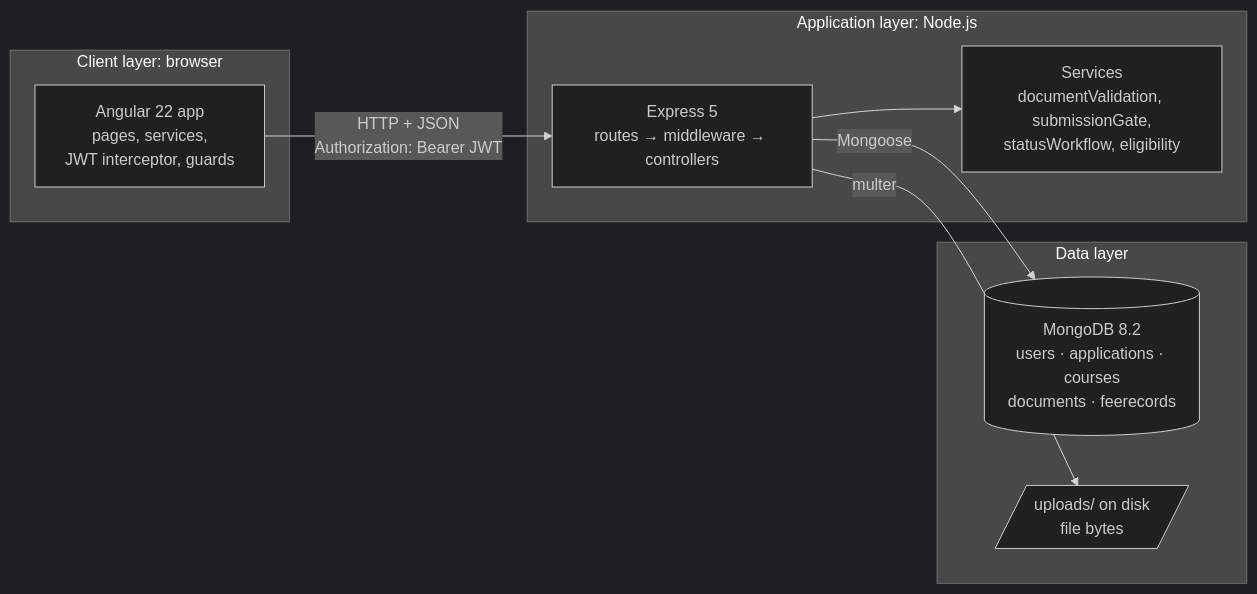
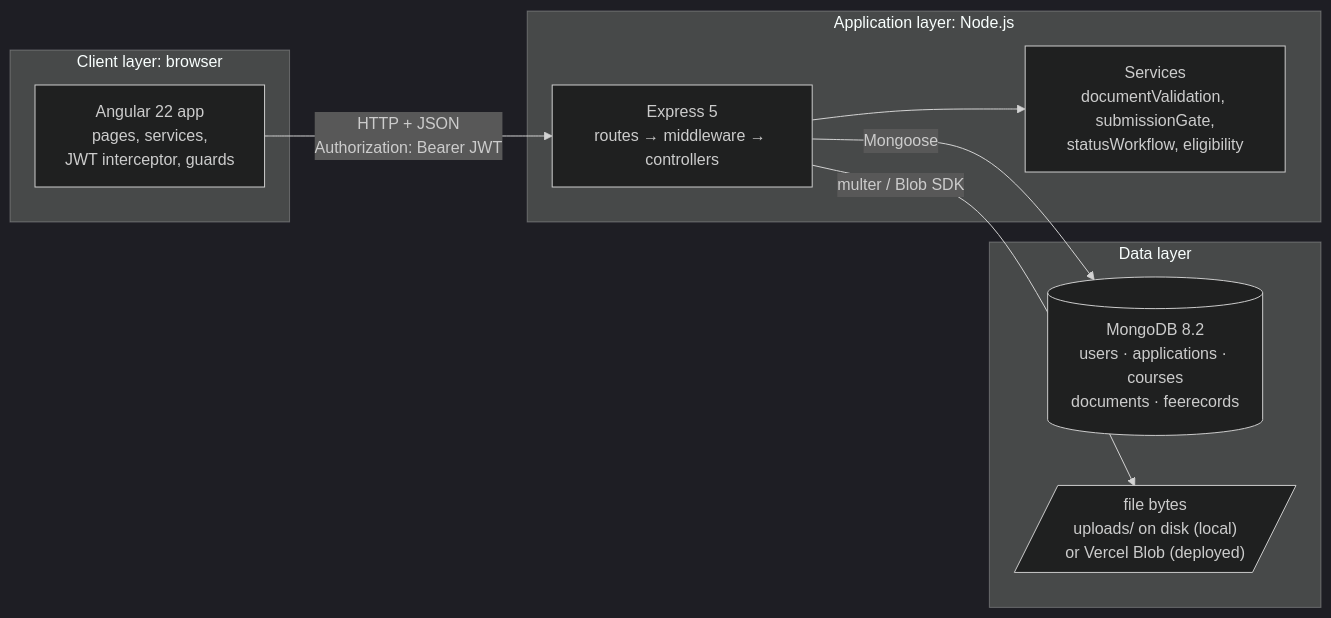
Before and after one commit to rue19/iem-admission: the first of 4 diagrams in README.md, drawn with Mermaid (dark theme). The commit also changed other lines of this file, not shown here.

Commit message:
docs: add Vercel deployment guide and document the Blob upload flow

````diff
--- a/README.md
+++ b/README.md
@@ -251,18 +326,18 @@
 ```mermaid
 flowchart LR
     subgraph Client["Client layer: browser"]
         NG["Angular 22 app<br/>pages, services,<br/>JWT interceptor, guards"]
     end
     subgraph App["Application layer: Node.js"]
         EX["Express 5<br/>routes → middleware → controllers"]
         SV["Services<br/>documentValidation, submissionGate,<br/>statusWorkflow, eligibility"]
         EX --> SV
     end
     subgraph Data["Data layer"]
         DB[("MongoDB 8.2<br/>users · applications · courses<br/>documents · feerecords")]
-        FS[/"uploads/ on disk<br/>file bytes"/]
+        FS[/"file bytes<br/>uploads/ on disk (local)<br/>or Vercel Blob (deployed)"/]
     end
     NG -- "HTTP + JSON<br/>Authorization: Bearer JWT" --> EX
     EX -- "Mongoose" --> DB
-    EX -- "multer" --> FS
+    EX -- "multer / Blob SDK" --> FS
 ```
````
